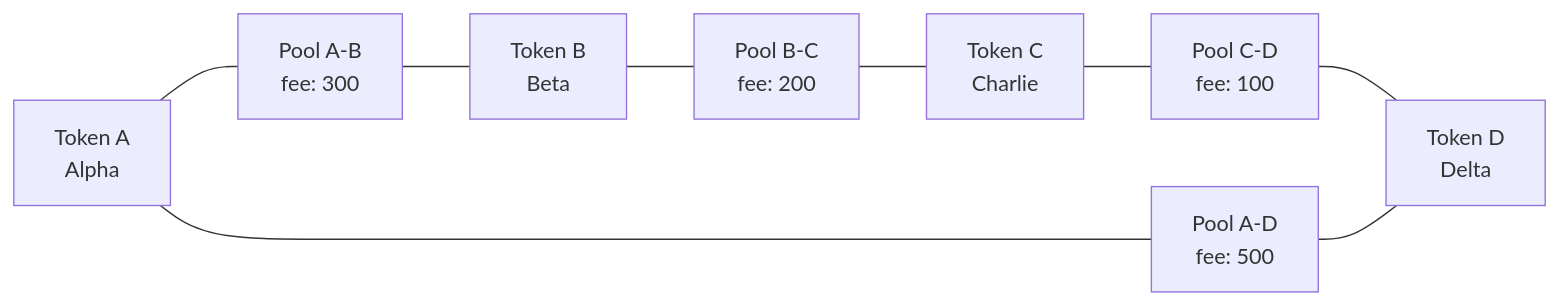
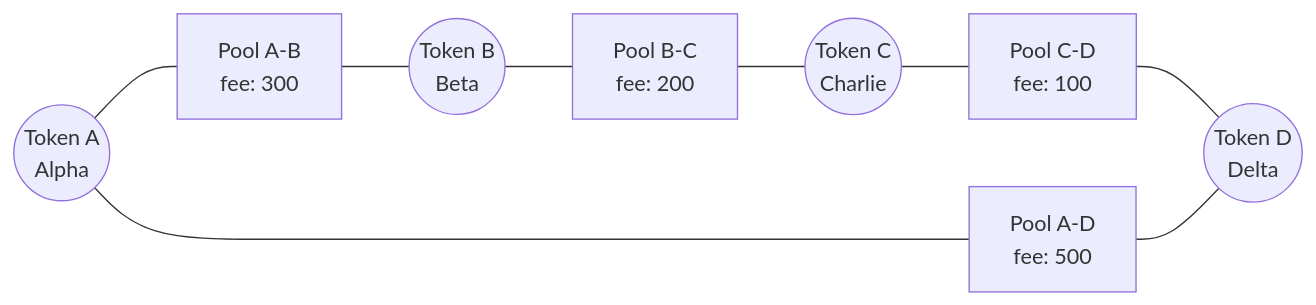
One commit to maxcherhk/comp5521-project changed the diagram in hardhat/README.md. Above: the diagram before and after it, drawn with Mermaid.

Commit message:
Update diagram in README.md to use circular nodes for tokens, enhancing visual clarity of token and pool relationships.

````diff
--- a/hardhat/README.md
+++ b/hardhat/README.md
@@ -75,15 +75,15 @@
 ```mermaid
 graph LR
-    A[Token A<br>Alpha] --- AB[Pool A-B<br>fee: 300]
+    A((Token A<br>Alpha)) --- AB[Pool A-B<br>fee: 300]
     A --- AD[Pool A-D<br>fee: 500]
-    AB --- B[Token B<br>Beta]
+    AB --- B((Token B<br>Beta))
     B --- BC[Pool B-C<br>fee: 200]
-    BC --- C[Token C<br>Charlie]
+    BC --- C((Token C<br>Charlie))
     C --- CD[Pool C-D<br>fee: 100]
-    CD --- D[Token D<br>Delta]
+    CD --- D((Token D<br>Delta))
     AD --- D
     
     
     class A,B,C,D token
     class AB,BC,CD,AD pool
 ```
````
